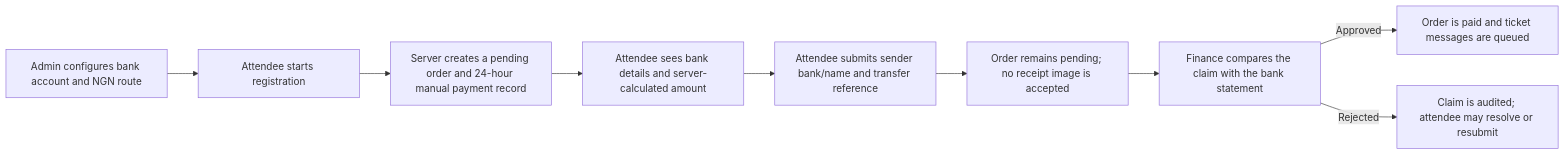
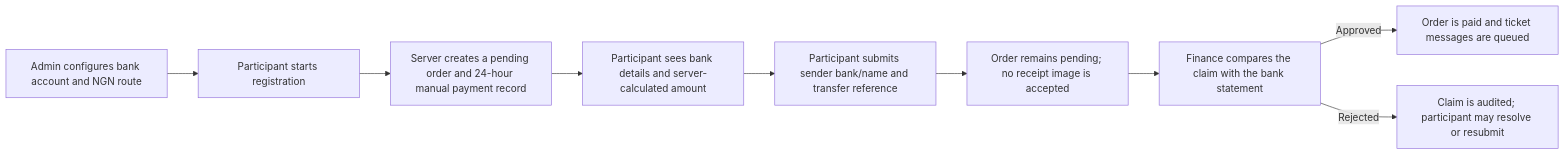
Before and after one commit to Chrisdouglas12/Event: the third of 4 diagrams in frontend/PROJECT_FLOW.md, drawn with Mermaid. The commit also changed other lines of this file and 84 other files, not shown here.

````diff
--- a/frontend/PROJECT_FLOW.md
+++ b/frontend/PROJECT_FLOW.md
@@ -47,11 +47,11 @@
 ```mermaid
 flowchart LR
-  A[Admin configures bank account and NGN route] --> B[Attendee starts registration]
+  A[Admin configures bank account and NGN route] --> B[Participant starts registration]
   B --> C[Server creates a pending order and 24-hour manual payment record]
-  C --> D[Attendee sees bank details and server-calculated amount]
-  D --> E[Attendee submits sender bank/name and transfer reference]
+  C --> D[Participant sees bank details and server-calculated amount]
+  D --> E[Participant submits sender bank/name and transfer reference]
   E --> F[Order remains pending; no receipt image is accepted]
   F --> G[Finance compares the claim with the bank statement]
   G -->|Approved| H[Order is paid and ticket messages are queued]
-  G -->|Rejected| I[Claim is audited; attendee may resolve or resubmit]
+  G -->|Rejected| I[Claim is audited; participant may resolve or resubmit]
 ```
````
